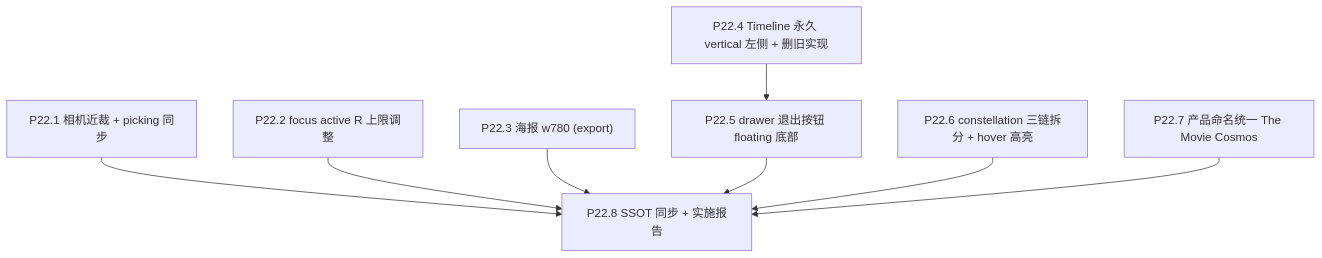
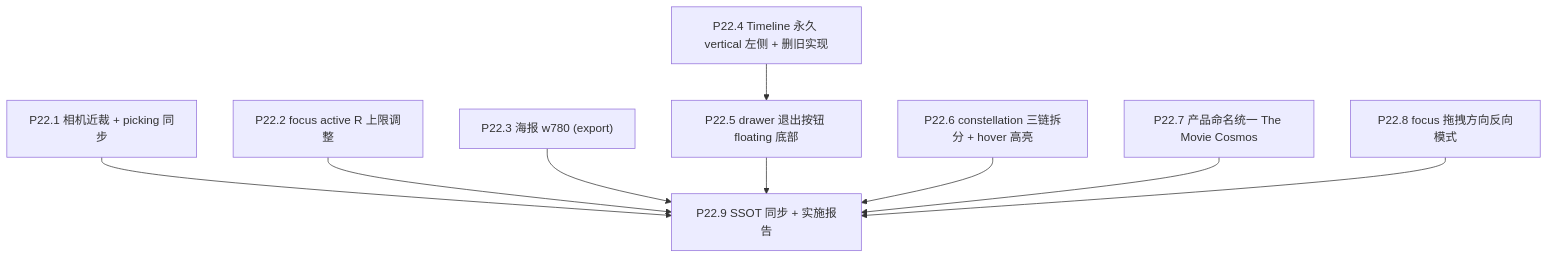
Before and after one commit to XYBuilds/chronicle_v3_3d_galaxy: the first of 2 diagrams in .cursor/plans/phase_22_visual_interaction_polish_f88228c5.plan.md, drawn with Mermaid. The commit also changed other lines of this file and 1 other file, not shown here.

````diff
--- a/.cursor/plans/phase_22_visual_interaction_polish_f88228c5.plan.md
+++ b/.cursor/plans/phase_22_visual_interaction_polish_f88228c5.plan.md
@@ -70,19 +70,21 @@
 ```mermaid
 flowchart TD
     P221["P22.1 相机近裁 + picking 同步"]
     P222["P22.2 focus active R 上限调整"]
     P223["P22.3 海报 w780 (export)"]
     P224["P22.4 Timeline 永久 vertical 左侧 + 删旧实现"]
     P225["P22.5 drawer 退出按钮 floating 底部"]
     P226["P22.6 constellation 三链拆分 + hover 高亮"]
     P227["P22.7 产品命名统一 The Movie Cosmos"]
-    P228["P22.8 SSOT 同步 + 实施报告"]
+    P228["P22.8 focus 拖拽方向反向模式"]
+    P229["P22.9 SSOT 同步 + 实施报告"]
 
     P224 --> P225
-    P221 --> P228
-    P222 --> P228
-    P223 --> P228
-    P225 --> P228
-    P226 --> P228
-    P227 --> P228
+    P221 --> P229
+    P222 --> P229
+    P223 --> P229
+    P225 --> P229
+    P226 --> P229
+    P227 --> P229
+    P228 --> P229
 ```
````
